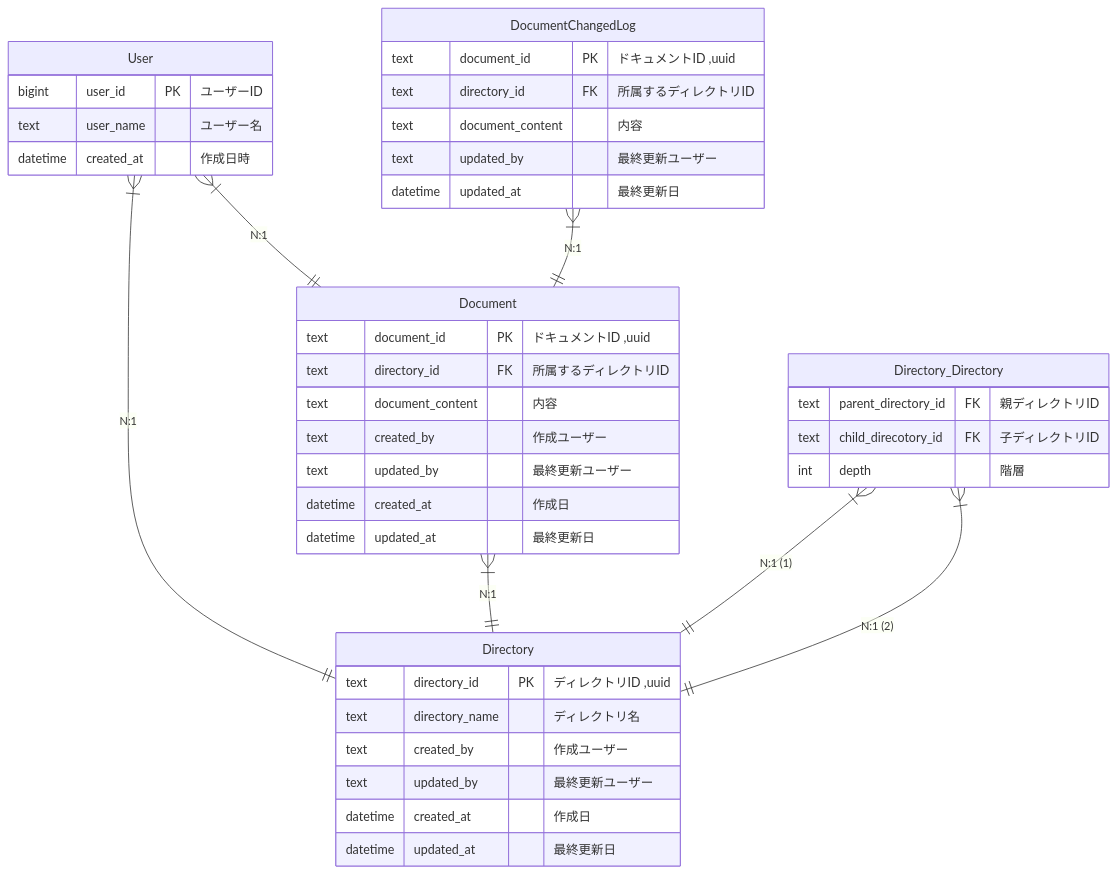
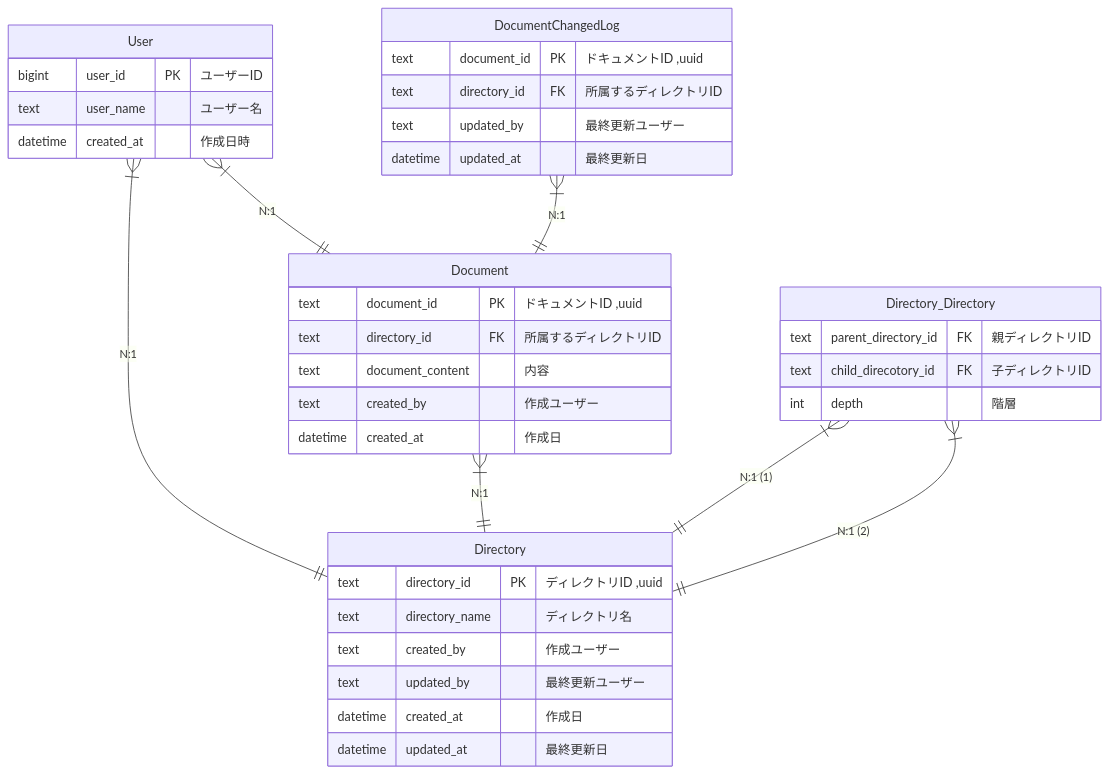
One commit to junseinagao/praha-challenge changed the first of 2 diagrams in データベース設計/DBモデリング3/README.md. Above: the diagram before and after it, drawn with Mermaid. The commit also changed other lines of this file, not shown here.

````diff
--- a/データベース設計/DBモデリング3/README.md
+++ b/データベース設計/DBモデリング3/README.md
@@ -5,52 +5,49 @@
 ```mermaid
 erDiagram
 User {
   bigint user_id PK "ユーザーID"
   text user_name "ユーザー名"
   datetime created_at "作成日時"
 }
 
 User }|--|| Document : "N:1"
 User }|--|| Directory : "N:1"
 
 Document {
   text document_id PK "ドキュメントID ,uuid"
   text directory_id FK "所属するディレクトリID"
   text document_content "内容"
   text created_by "作成ユーザー"
-  text updated_by "最終更新ユーザー"
   datetime created_at "作成日"
-  datetime updated_at "最終更新日"
 }
 
 DocumentChangedLog {
   text document_id PK "ドキュメントID ,uuid"
   text directory_id FK "所属するディレクトリID"
-  text document_content "内容"
   text updated_by "最終更新ユーザー"
   datetime updated_at "最終更新日"
 }
 
 DocumentChangedLog }|--|| Document : "N:1"
 
 Document }|--|| Directory : "N:1"
 
 Directory {
   text directory_id PK "ディレクトリID ,uuid"
   text directory_name "ディレクトリ名"
   text created_by "作成ユーザー"
   text updated_by "最終更新ユーザー"
   datetime created_at "作成日"
   datetime updated_at "最終更新日"
 }
 
 Directory_Directory {
   text parent_directory_id FK "親ディレクトリID"
   text child_direcotory_id FK "子ディレクトリID"
   int depth "階層"
 }
 
 Directory_Directory }|--|| Directory : "N:1 (1)"
 Directory_Directory }|--|| Directory : "N:1 (2)"
 
 ```
````
